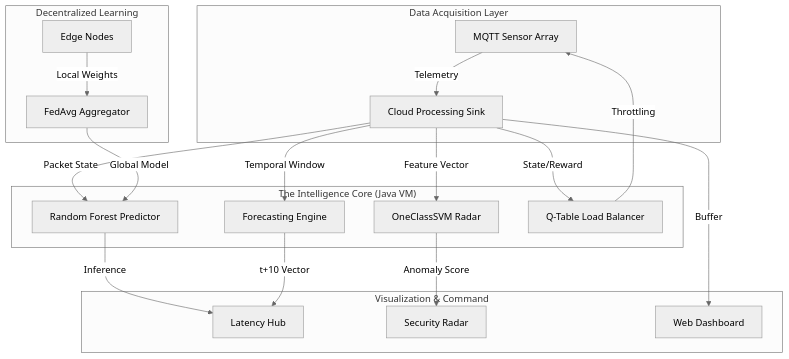
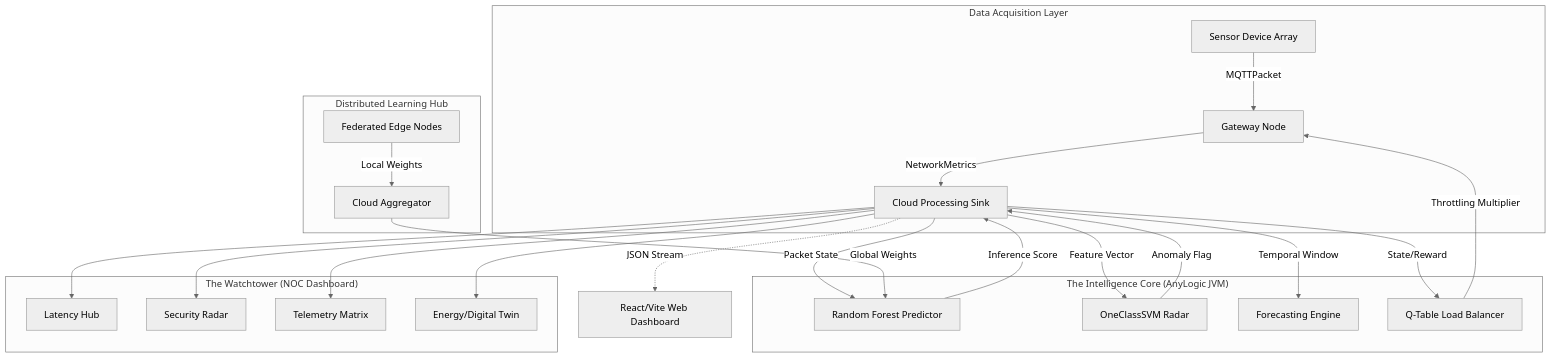
The diagram in README.md (Zain-ul-abdeen-773/IOT-Simulation-Networking-Project), drawn with Mermaid (neutral theme) before and after one commit. The commit also changed other lines of this file, not shown here.

Commit message:
rewrite project documentation to emphasize bare-metal integration, updated architecture diagrams, and refined machine learning workflows

````diff
--- a/README.md
+++ b/README.md
@@ -11,26 +13,32 @@
 ```mermaid
 graph TD
     subgraph "Data Acquisition Layer"
-        MQTT[MQTT Sensor Array] -->|Telemetry| SINK[Cloud Processing Sink]
+        S[Sensor Device Array] -->|MQTTPacket| G[Gateway Node]
+        G -->|NetworkMetrics| SINK[Cloud Processing Sink]
     end
 
-    subgraph "The Intelligence Core (Java VM)"
+    subgraph "The Intelligence Core (AnyLogic JVM)"
         SINK -->|Packet State| RF[Random Forest Predictor]
         SINK -->|Feature Vector| SVM[OneClassSVM Radar]
         SINK -->|Temporal Window| TS[Forecasting Engine]
         SINK -->|State/Reward| RL[Q-Table Load Balancer]
+        
+        RL -->|Throttling Multiplier| G
+        RF -->|Inference Score| SINK
+        SVM -->|Anomaly Flag| SINK
     end
 
-    subgraph "Visualization & Command"
-        RL -->|Throttling| MQTT
-        RF -->|Inference| D1[Latency Hub]
-        SVM -->|Anomaly Score| D2[Security Radar]
-        TS -->|t+10 Vector| D1
-        SINK -->|Buffer| WD[Web Dashboard]
+    subgraph "The Watchtower (NOC Dashboard)"
+        SINK --> D1[Latency Hub]
+        SINK --> D2[Security Radar]
+        SINK --> D3[Telemetry Matrix]
+        SINK --> D4[Energy/Digital Twin]
     end
 
-    subgraph "Decentralized Learning"
-        FN[Edge Nodes] -->|Local Weights| AGG[FedAvg Aggregator]
-        AGG -->|Global Model| RF
+    subgraph "Distributed Learning Hub"
+        EDGE[Federated Edge Nodes] -->|Local Weights| AGG[Cloud Aggregator]
+        AGG -->|Global Weights| RF
     end
+
+    SINK -.->|JSON Stream| WD[React/Vite Web Dashboard]
 ```
````
